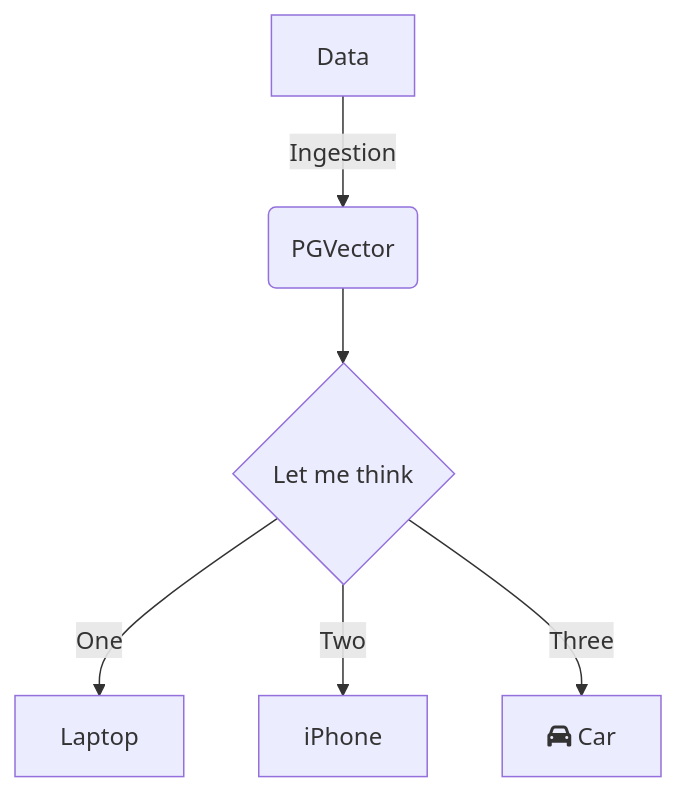
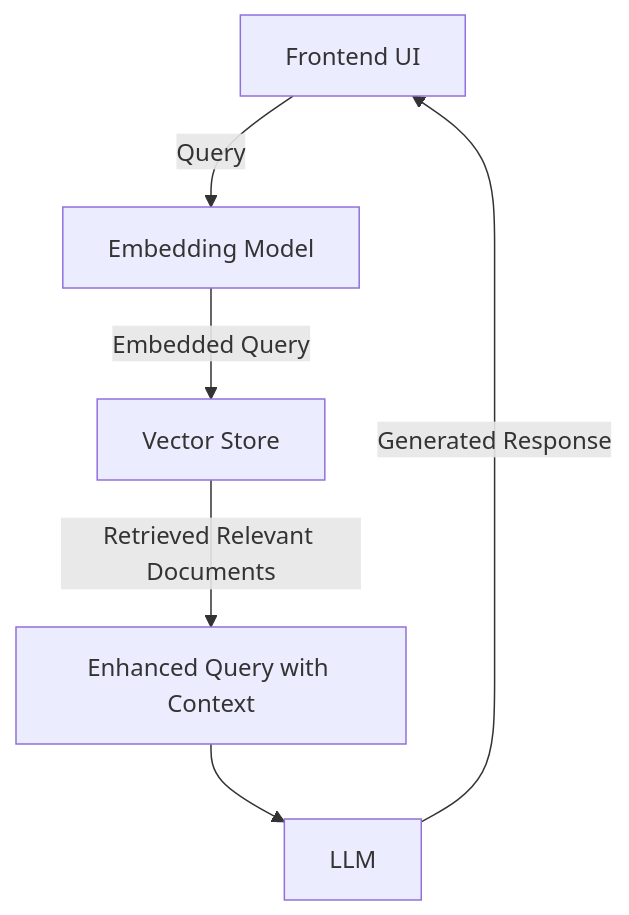
The diagram in README.md (adintegra/rag-for-disease-outbreaks), drawn with Mermaid before and after one commit. The commit also changed other lines of this file, not shown here.

Commit message:
docs: Updates to README

````diff
--- a/README.md
+++ b/README.md
@@ -47,8 +47,8 @@
 ```mermaid
-flowchart TD
-    A[Data] -->|Ingestion| B(PGVector)
-    B --> C{Let me think}
-    C -->|One| D[Laptop]
-    C -->|Two| E[iPhone]
-    C -->|Three| F[fa:fa-car Car]
+graph TD;
+    A[Frontend UI] --> |Query| B[Embedding Model]
+    B --> |Embedded Query| C[Vector Store]
+    C --> |Retrieved Relevant Documents| D[Enhanced Query with Context]
+    D --> E[LLM]
+    E --> |Generated Response| A
 ```
````
